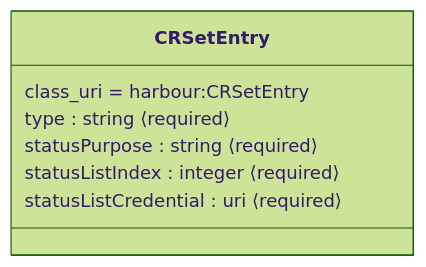
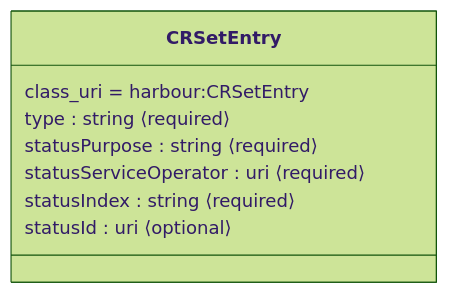
Before and after one commit to reachhaven/harbour-credentials: the sixth of 8 diagrams in docs/schema/credential-model.md, drawn with Mermaid (forest theme). The commit also changed other lines of this file and 14 other files, not shown here.

First line of the commit message:
fix(linkml)!: replace non-compliant credentialStatus.id with DID-based CRSet model (#7)

````diff
--- a/docs/schema/credential-model.md
+++ b/docs/schema/credential-model.md
@@ -281,10 +283,11 @@
 ```mermaid
 classDiagram
     class CRSetEntry {
         class_uri = harbour:CRSetEntry
         type : string ⟨required⟩
         statusPurpose : string ⟨required⟩
-        statusListIndex : integer ⟨required⟩
-        statusListCredential : uri ⟨required⟩
+        statusServiceOperator : uri ⟨required⟩
+        statusIndex : string ⟨required⟩
+        statusId : uri ⟨optional⟩
     }
 ```
````
